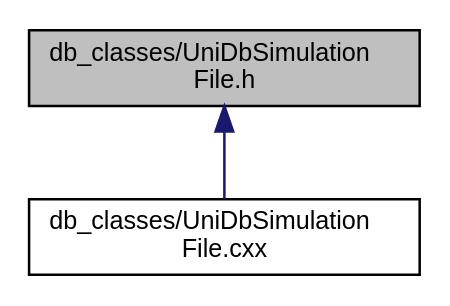
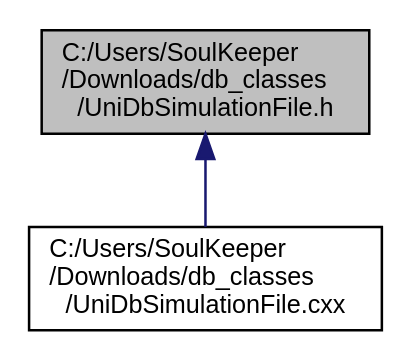
One commit to mam-mih-val/bmnroot changed the diagram in uni_db/docs/ref_man/_uni_db_simulation_file_8h__dep__incl.dot. Above: the diagram before and after it, drawn with Graphviz. The commit also changed 142 other files, not shown here.

```diff
--- a/uni_db/docs/ref_man/_uni_db_simulation_file_8h__dep__incl.dot
+++ b/uni_db/docs/ref_man/_uni_db_simulation_file_8h__dep__incl.dot
@@ -1,8 +1,8 @@
-digraph "db_classes/UniDbSimulationFile.h"
+digraph "C:/Users/SoulKeeper/Downloads/db_classes/UniDbSimulationFile.h"
 {
   edge [fontname="Helvetica",fontsize="10",labelfontname="Helvetica",labelfontsize="10"];
   node [fontname="Helvetica",fontsize="10",shape=record];
-  Node1 [label="db_classes/UniDbSimulation\lFile.h",height=0.2,width=0.4,color="black", fillcolor="grey75", style="filled", fontcolor="black"];
+  Node1 [label="C:/Users/SoulKeeper\l/Downloads/db_classes\l/UniDbSimulationFile.h",height=0.2,width=0.4,color="black", fillcolor="grey75", style="filled", fontcolor="black"];
   Node1 -> Node2 [dir="back",color="midnightblue",fontsize="10",style="solid",fontname="Helvetica"];
-  Node2 [label="db_classes/UniDbSimulation\lFile.cxx",height=0.2,width=0.4,color="black", fillcolor="white", style="filled",URL="$_uni_db_simulation_file_8cxx.html"];
+  Node2 [label="C:/Users/SoulKeeper\l/Downloads/db_classes\l/UniDbSimulationFile.cxx",height=0.2,width=0.4,color="black", fillcolor="white", style="filled",URL="$_uni_db_simulation_file_8cxx.html"];
 }
```
